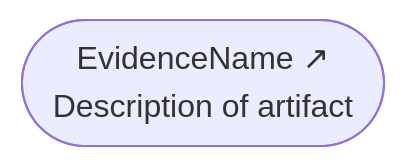
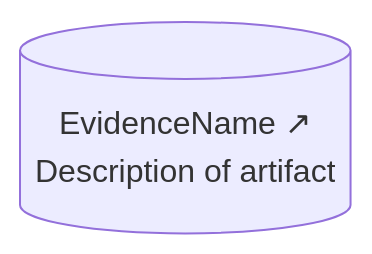
One commit to coreinfrastructure/best-practices-badge changed the fourth of 19 diagrams in docs/sacm-mermaid.md. Above: the diagram before and after it, drawn with Mermaid. The commit also changed other lines of this file, not shown here.

First line of the commit message:
Switch ArtifactReference shape to cylinder; add Demonstrations section

````diff
--- a/docs/sacm-mermaid.md
+++ b/docs/sacm-mermaid.md
@@ -208,4 +209,4 @@
 ```mermaid
 flowchart BT
-    AR1(["EvidenceName ↗<br/>Description of artifact"])
+    AR1[("EvidenceName ↗<br/>Description of artifact")]
 ```
````
